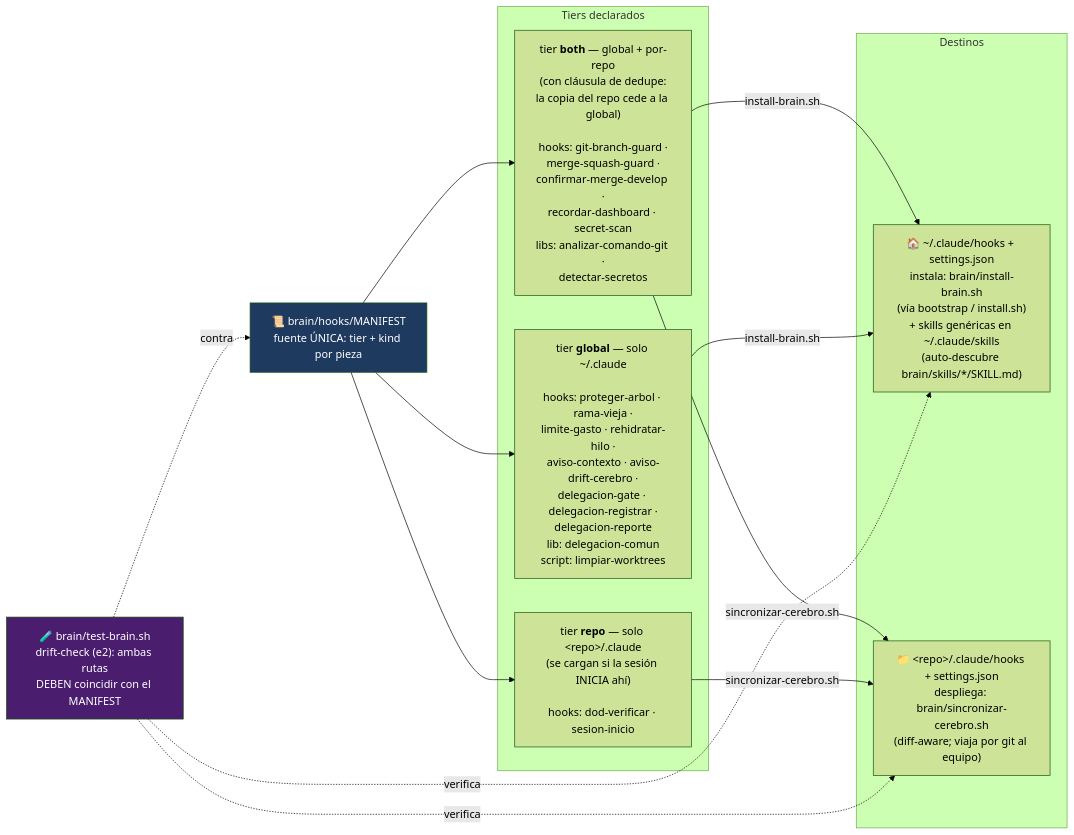
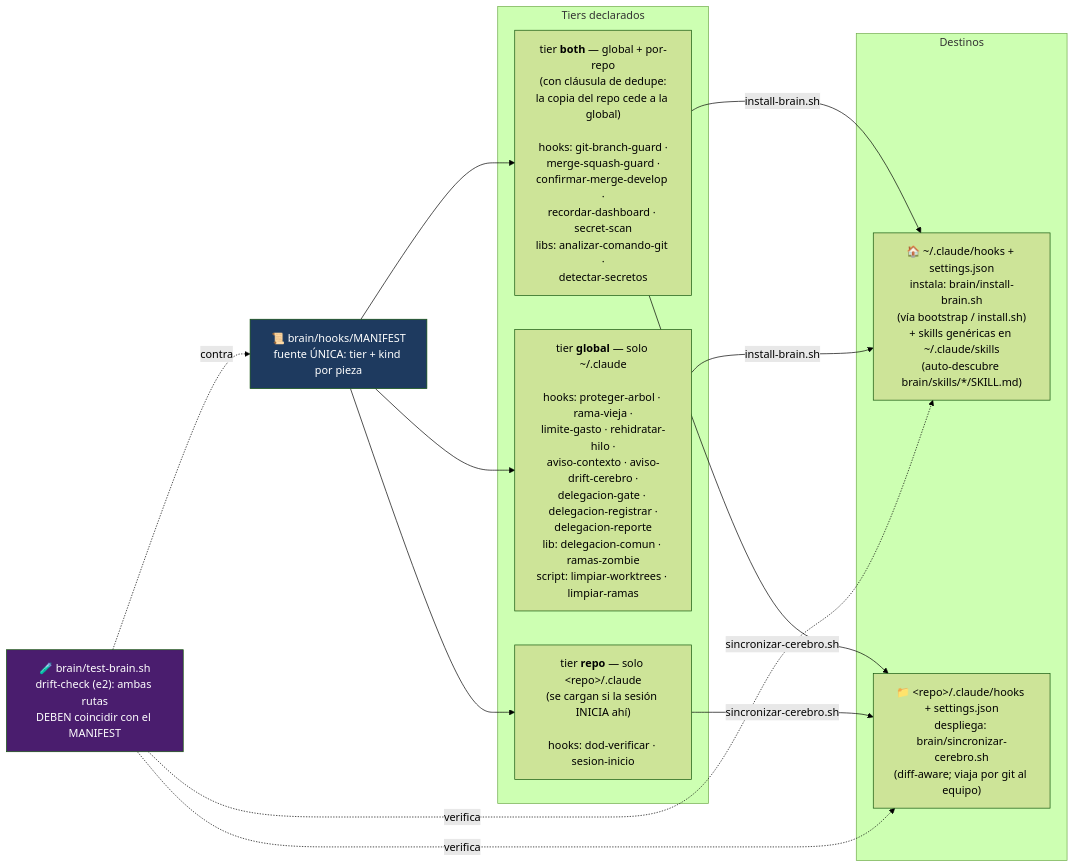
One commit to unjordi/claude-brain changed the fourth of 4 diagrams in docs/mapa-cerebro.md. Above: the diagram before and after it, drawn with Mermaid (forest theme). The commit also changed other lines of this file and 8 other files, not shown here.

First line of the commit message:
feat(cerebro): limpiar-ramas.sh — barre ramas locales integradas (antídoto a la acumulación por squash)

````diff
--- a/docs/mapa-cerebro.md
+++ b/docs/mapa-cerebro.md
@@ -175,31 +178,31 @@
 ```mermaid
 flowchart LR
     MANIFEST["📜 brain/hooks/MANIFEST<br/>fuente ÚNICA: tier + kind por pieza"]
 
     subgraph tiers["Tiers declarados"]
         BOTH["tier <b>both</b> — global + por-repo<br/>(con cláusula de dedupe:<br/>la copia del repo cede a la global)<br/><br/>hooks: git-branch-guard ·<br/>merge-squash-guard ·<br/>confirmar-merge-develop ·<br/>recordar-dashboard · secret-scan<br/>libs: analizar-comando-git ·<br/>detectar-secretos"]
-        GLOBAL["tier <b>global</b> — solo ~/.claude<br/><br/>hooks: proteger-arbol · rama-vieja ·<br/>limite-gasto · rehidratar-hilo ·<br/>aviso-contexto · aviso-drift-cerebro ·<br/>delegacion-gate · delegacion-registrar ·<br/>delegacion-reporte<br/>lib: delegacion-comun<br/>script: limpiar-worktrees"]
+        GLOBAL["tier <b>global</b> — solo ~/.claude<br/><br/>hooks: proteger-arbol · rama-vieja ·<br/>limite-gasto · rehidratar-hilo ·<br/>aviso-contexto · aviso-drift-cerebro ·<br/>delegacion-gate · delegacion-registrar ·<br/>delegacion-reporte<br/>lib: delegacion-comun · ramas-zombie<br/>script: limpiar-worktrees · limpiar-ramas"]
         REPO["tier <b>repo</b> — solo &lt;repo&gt;/.claude<br/>(se cargan si la sesión INICIA ahí)<br/><br/>hooks: dod-verificar · sesion-inicio"]
     end
 
     subgraph destinos["Destinos"]
         GDIR["🏠 ~/.claude/hooks + settings.json<br/>instala: brain/install-brain.sh<br/>(vía bootstrap / install.sh)<br/>+ skills genéricas en ~/.claude/skills<br/>(auto-descubre brain/skills/*/SKILL.md)"]
         RDIR["📁 &lt;repo&gt;/.claude/hooks + settings.json<br/>despliega: brain/sincronizar-cerebro.sh<br/>(diff-aware; viaja por git al equipo)"]
     end
 
     TEST["🧪 brain/test-brain.sh<br/>drift-check (e2): ambas rutas<br/>DEBEN coincidir con el MANIFEST"]
 
     MANIFEST --> BOTH
     MANIFEST --> GLOBAL
     MANIFEST --> REPO
     BOTH -->|"install-brain.sh"| GDIR
     BOTH -->|"sincronizar-cerebro.sh"| RDIR
     GLOBAL -->|"install-brain.sh"| GDIR
     REPO -->|"sincronizar-cerebro.sh"| RDIR
     TEST -.->|verifica| GDIR
     TEST -.->|verifica| RDIR
     TEST -.->|contra| MANIFEST
 
     style MANIFEST fill:#1e3a5f,color:#fff
     style TEST fill:#4a1d6e,color:#fff
 ```
````
